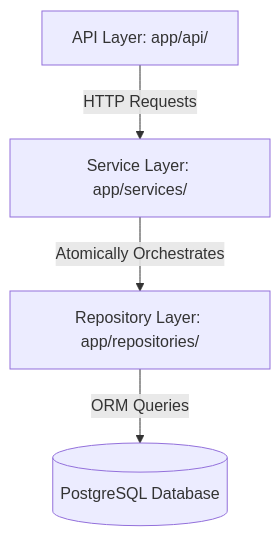
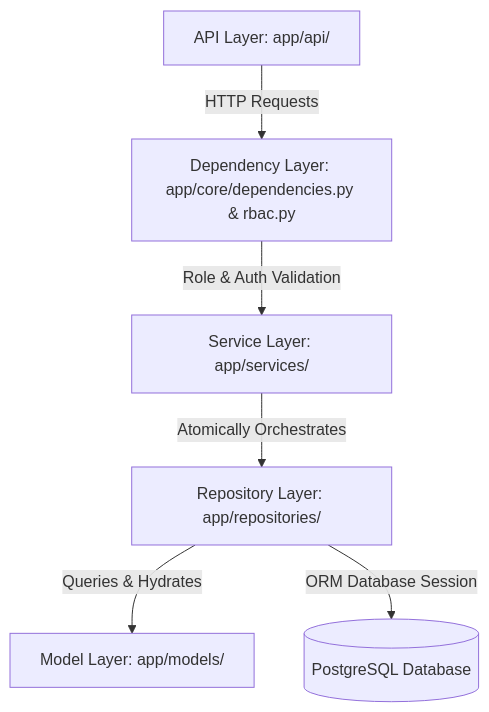
Before and after one commit to manuelixvivi/lockxam: the second of 9 diagrams in docs/TDD.md, drawn with Mermaid. The commit also changed other lines of this file and 251 other files, not shown here.

````diff
--- a/docs/TDD.md
+++ b/docs/TDD.md
@@ -127,6 +196,8 @@
 ```mermaid
 graph TD
-    API[API Layer: app/api/] -->|HTTP Requests| Service[Service Layer: app/services/]
+    API[API Layer: app/api/] -->|HTTP Requests| Dep[Dependency Layer: app/core/dependencies.py & rbac.py]
+    Dep -->|Role & Auth Validation| Service[Service Layer: app/services/]
     Service -->|Atomically Orchestrates| Repo[Repository Layer: app/repositories/]
-    Repo -->|ORM Queries| DB[(PostgreSQL Database)]
+    Repo -->|Queries & Hydrates| Model[Model Layer: app/models/]
+    Repo -->|ORM Database Session| DB[(PostgreSQL Database)]
 ```
````
